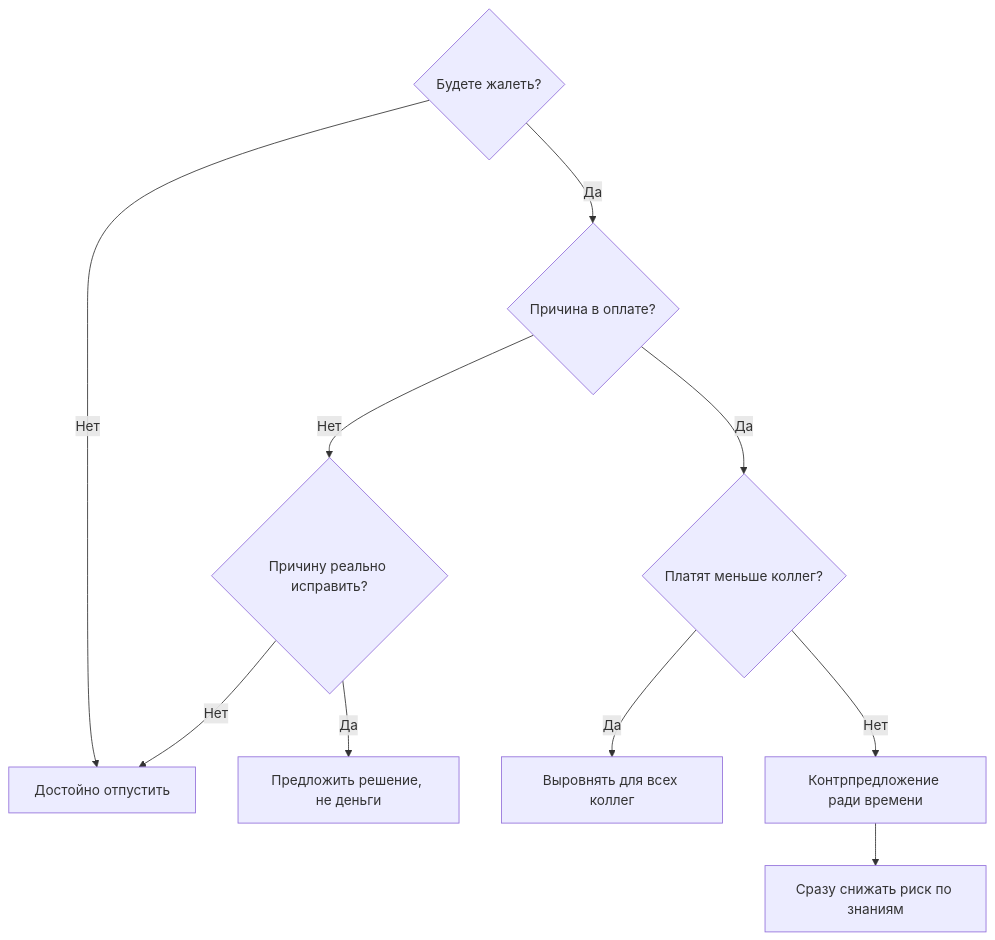
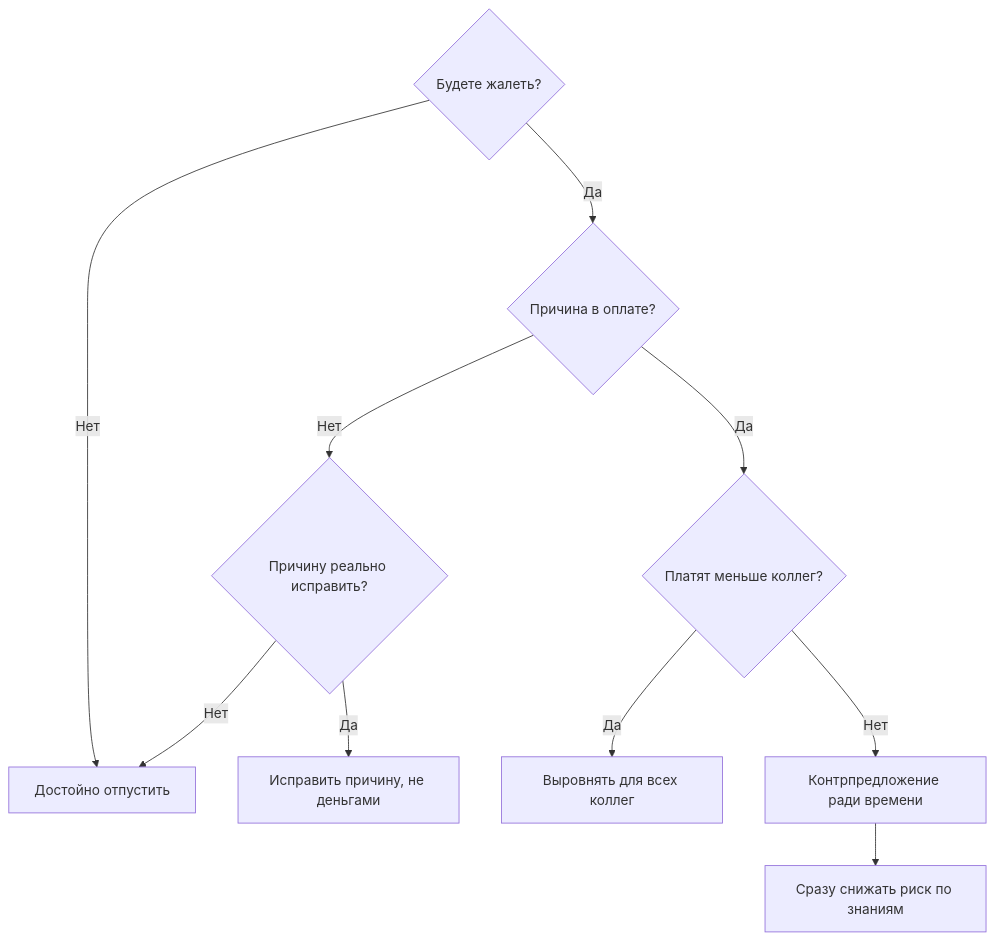
Before and after one commit to XayyamSadigov/engineering-leadership-book: the second of 2 diagrams in docs/parts/02-people-management/10-motivation-retention-and-senior-engineers.ru.md, drawn with Mermaid. The commit also changed other lines of this file and 13 other files, not shown here.

````diff
--- a/docs/parts/02-people-management/10-motivation-retention-and-senior-engineers.ru.md
+++ b/docs/parts/02-people-management/10-motivation-retention-and-senior-engineers.ru.md
@@ -320,12 +323,12 @@
 ```mermaid
 flowchart TD
     Q1{"Будете жалеть?"} -->|Нет| L["Достойно отпустить"]
     Q1 -->|Да| Q2{"Причина в оплате?"}
     Q2 -->|Нет| Q3{"Причину реально исправить?"}
     Q2 -->|Да| Q4{"Платят меньше коллег?"}
     Q3 -->|Нет| L
-    Q3 -->|Да| C1["Предложить решение, не деньги"]
+    Q3 -->|Да| C1["Исправить причину, не деньгами"]
     Q4 -->|Да| C2["Выровнять для всех коллег"]
     Q4 -->|Нет| C3["Контрпредложение ради времени"]
     C3 --> K["Сразу снижать риск по знаниям"]
 ```
````
